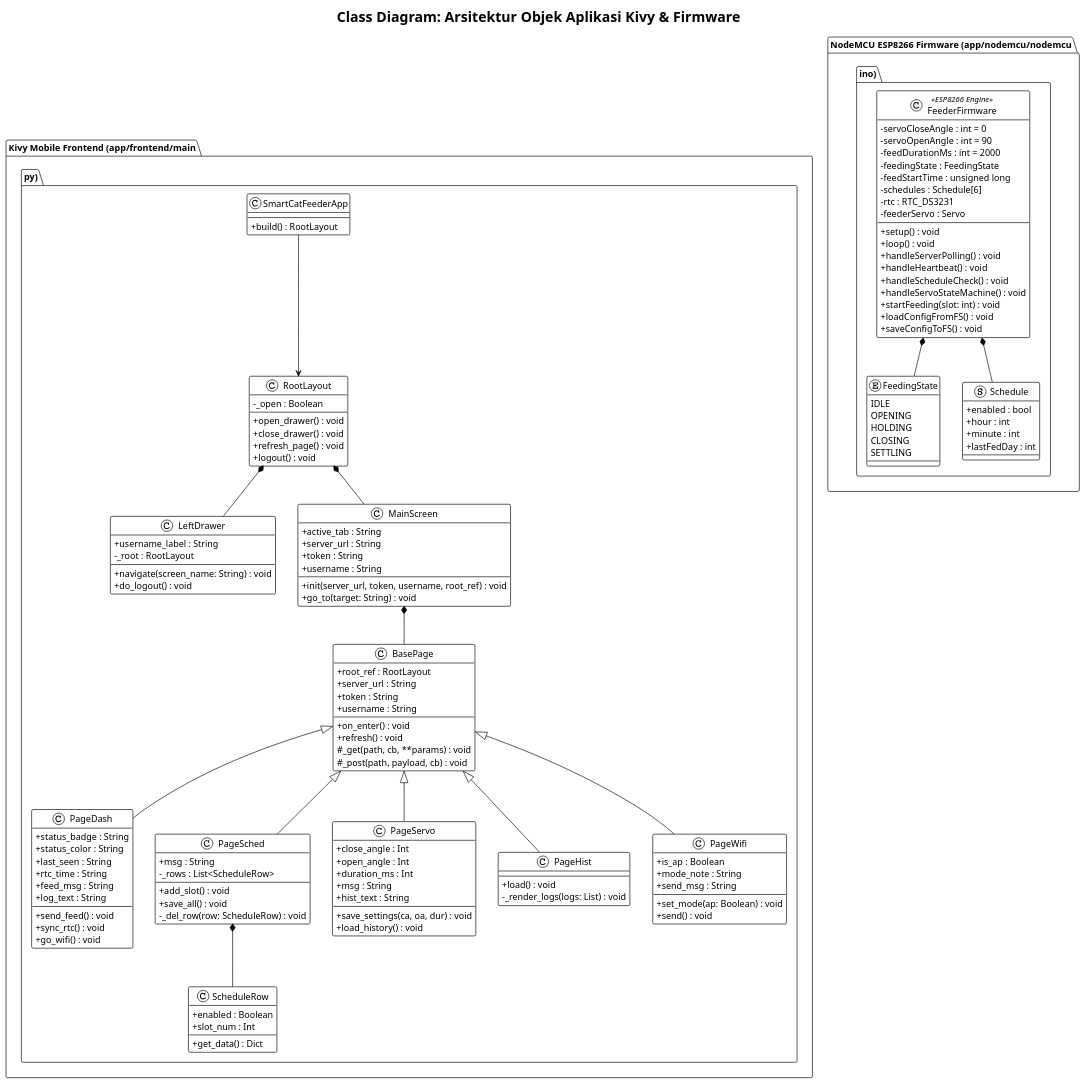
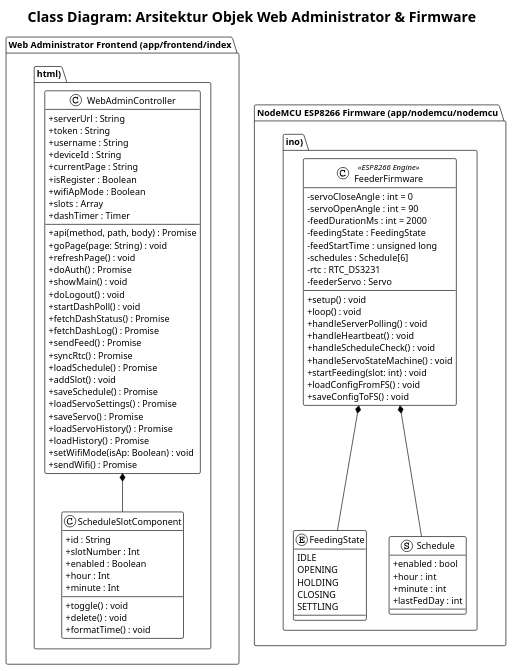
The diagram in docs/plantuml/06_class_diagram.puml (rtamaaa/cat-feeder), drawn with PlantUML before and after one commit. The commit also changed 257 other files, not shown here.

Commit message:
fixing bug build app

```diff
--- a/docs/plantuml/06_class_diagram.puml
+++ b/docs/plantuml/06_class_diagram.puml
@@ -1,151 +1,97 @@
 @startuml Class_Diagram
 !theme plain
 skinparam backgroundColor #FFFFFF
 skinparam classAttributeIconSize 0
 
-title Class Diagram: Arsitektur Objek Aplikasi Kivy & Firmware
+title Class Diagram: Arsitektur Objek Web Administrator & Firmware
 
-package "Kivy Mobile Frontend (app/frontend/main.py)" {
+package "Web Administrator Frontend (app/frontend/index.html)" {
     
-    class SmartCatFeederApp {
-        + build() : RootLayout
+    class WebAdminController {
+        + serverUrl : String
+        + token : String
+        + username : String
+        + deviceId : String
+        + currentPage : String
+        + isRegister : Boolean
+        + wifiApMode : Boolean
+        + slots : Array
+        + dashTimer : Timer
+        + api(method, path, body) : Promise
+        + goPage(page: String) : void
+        + refreshPage() : void
+        + doAuth() : Promise
+        + showMain() : void
+        + doLogout() : void
+        + startDashPoll() : void
+        + fetchDashStatus() : Promise
+        + fetchDashLog() : Promise
+        + sendFeed() : Promise
+        + syncRtc() : Promise
+        + loadSchedule() : Promise
+        + addSlot() : void
+        + saveSchedule() : Promise
+        + loadServoSettings() : Promise
+        + saveServo() : Promise
+        + loadServoHistory() : Promise
+        + loadHistory() : Promise
+        + setWifiMode(isAp: Boolean) : void
+        + sendWifi() : Promise
     }
 
-    class RootLayout {
-        - _open : Boolean
-        + open_drawer() : void
-        + close_drawer() : void
-        + refresh_page() : void
-        + logout() : void
+    class ScheduleSlotComponent {
+        + id : String
+        + slotNumber : Int
+        + enabled : Boolean
+        + hour : Int
+        + minute : Int
+        + toggle() : void
+        + delete() : void
+        + formatTime() : void
     }
 
-    class LeftDrawer {
-        + username_label : String
-        - _root : RootLayout
-        + navigate(screen_name: String) : void
-        + do_logout() : void
-    }
-
-    class MainScreen {
-        + active_tab : String
-        + server_url : String
-        + token : String
-        + username : String
-        + init(server_url, token, username, root_ref) : void
-        + go_to(target: String) : void
-    }
-
-    class BasePage {
-        + root_ref : RootLayout
-        + server_url : String
-        + token : String
-        + username : String
-        + on_enter() : void
-        + refresh() : void
-        # _get(path, cb, **params) : void
-        # _post(path, payload, cb) : void
-    }
-
-    class PageDash {
-        + status_badge : String
-        + status_color : String
-        + last_seen : String
-        + rtc_time : String
-        + feed_msg : String
-        + log_text : String
-        + send_feed() : void
-        + sync_rtc() : void
-        + go_wifi() : void
-    }
-
-    class PageSched {
-        + msg : String
-        - _rows : List<ScheduleRow>
-        + add_slot() : void
-        + save_all() : void
-        - _del_row(row: ScheduleRow) : void
-    }
-
-    class PageServo {
-        + close_angle : Int
-        + open_angle : Int
-        + duration_ms : Int
-        + msg : String
-        + hist_text : String
-        + save_settings(ca, oa, dur) : void
-        + load_history() : void
-    }
-
-    class PageHist {
-        + load() : void
-        - _render_logs(logs: List) : void
-    }
-
-    class PageWifi {
-        + is_ap : Boolean
-        + mode_note : String
-        + send_msg : String
-        + set_mode(ap: Boolean) : void
-        + send() : void
-    }
-
-    class ScheduleRow {
-        + enabled : Boolean
-        + slot_num : Int
-        + get_data() : Dict
-    }
-
-    SmartCatFeederApp --> RootLayout
-    RootLayout *-- LeftDrawer
-    RootLayout *-- MainScreen
-    MainScreen *-- BasePage
-    BasePage <|-- PageDash
-    BasePage <|-- PageSched
-    BasePage <|-- PageServo
-    BasePage <|-- PageHist
-    BasePage <|-- PageWifi
-    PageSched *-- ScheduleRow
+    WebAdminController *-- ScheduleSlotComponent
 }
 
 package "NodeMCU ESP8266 Firmware (app/nodemcu/nodemcu.ino)" {
     
     class FeederFirmware <<ESP8266 Engine>> {
         - servoCloseAngle : int = 0
         - servoOpenAngle : int = 90
         - feedDurationMs : int = 2000
         - feedingState : FeedingState
         - feedStartTime : unsigned long
         - schedules : Schedule[6]
         - rtc : RTC_DS3231
         - feederServo : Servo
         + setup() : void
         + loop() : void
         + handleServerPolling() : void
         + handleHeartbeat() : void
         + handleScheduleCheck() : void
         + handleServoStateMachine() : void
         + startFeeding(slot: int) : void
         + loadConfigFromFS() : void
         + saveConfigToFS() : void
     }
 
     enum FeedingState {
         IDLE
         OPENING
         HOLDING
         CLOSING
         SETTLING
     }
 
     struct Schedule {
         + enabled : bool
         + hour : int
         + minute : int
         + lastFedDay : int
     }
 
     FeederFirmware *-- FeedingState
     FeederFirmware *-- Schedule
 }
 
 @enduml
```
